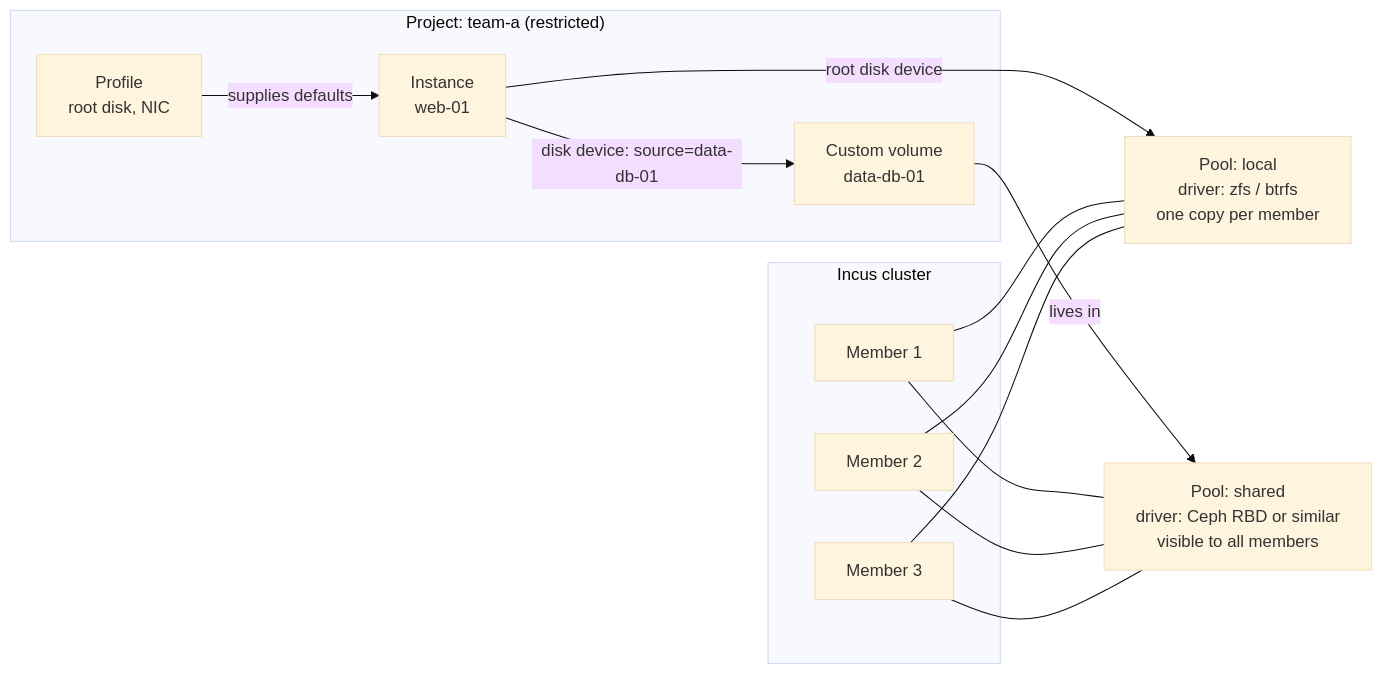
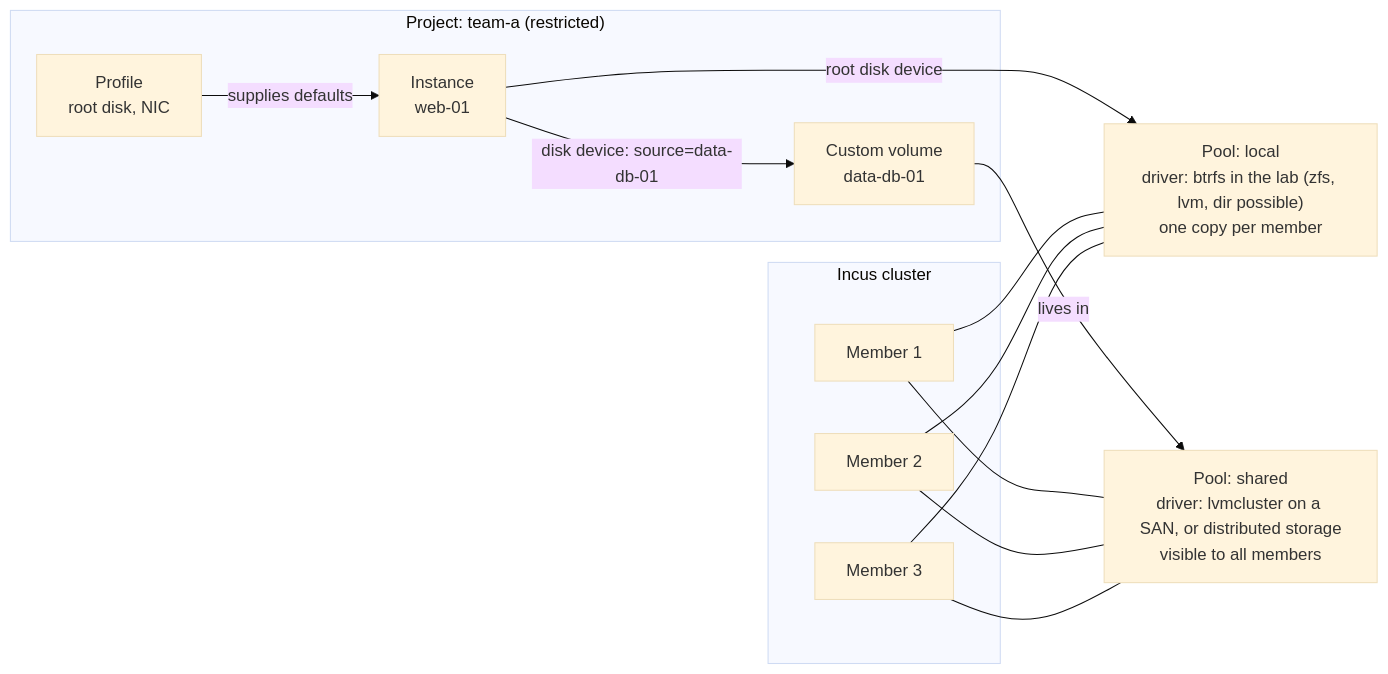
The first of 5 diagrams in docs/architecture/STORAGE.md (Apelora/apelora-fabric), drawn with Mermaid (base theme) before and after one commit. The commit also changed other lines of this file and 34 other files, not shown here.

````diff
--- a/docs/architecture/STORAGE.md
+++ b/docs/architecture/STORAGE.md
@@ -16,26 +16,26 @@
 ```mermaid
 flowchart LR
   subgraph CL["Incus cluster"]
     M1["Member 1"]
     M2["Member 2"]
     M3["Member 3"]
   end
   subgraph PR["Project: team-a (restricted)"]
     PROF["Profile<br/>root disk, NIC"]
     INST["Instance<br/>web-01"]
     CV["Custom volume<br/>data-db-01"]
   end
-  POOL1["Pool: local<br/>driver: zfs / btrfs<br/>one copy per member"]
-  POOL2["Pool: shared<br/>driver: Ceph RBD or similar<br/>visible to all members"]
+  POOL1["Pool: local<br/>driver: btrfs in the lab (zfs, lvm, dir possible)<br/>one copy per member"]
+  POOL2["Pool: shared<br/>driver: lvmcluster on a SAN, or distributed storage<br/>visible to all members"]
 
   INST -- "root disk device" --> POOL1
   PROF -- "supplies defaults" --> INST
   INST -- "disk device: source=data-db-01" --> CV
   CV -- "lives in" --> POOL2
   M1 --- POOL1
   M2 --- POOL1
   M3 --- POOL1
   M1 --- POOL2
   M2 --- POOL2
   M3 --- POOL2
 ```
````
